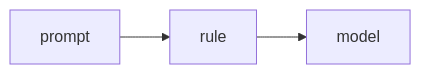
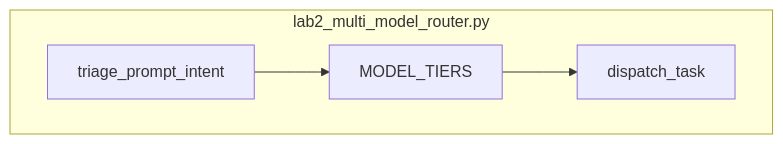
Before and after one commit to jacobbweber/AgenticAI-Labs: the diagram in education/11_engine_room/lab2_multi_model_router.md, drawn with Mermaid. The commit also changed other lines of this file, not shown here.

Commit message:
Rewrite 11/lab2 multi-model router brief to the lab template.

````diff
--- a/education/11_engine_room/lab2_multi_model_router.md
+++ b/education/11_engine_room/lab2_multi_model_router.md
@@ -25,5 +17,10 @@
 ```mermaid
-flowchart LR
-    P["prompt"] --> R["rule"]
-    R --> M["model"]
+flowchart TD
+    subgraph lab2_mmr_script [lab2_multi_model_router.py]
+        TRI["triage_prompt_intent"]
+        ENG["dispatch_task"]
+        TIER["MODEL_TIERS"]
+    end
+    TRI --> TIER
+    TIER --> ENG
 ```
````
